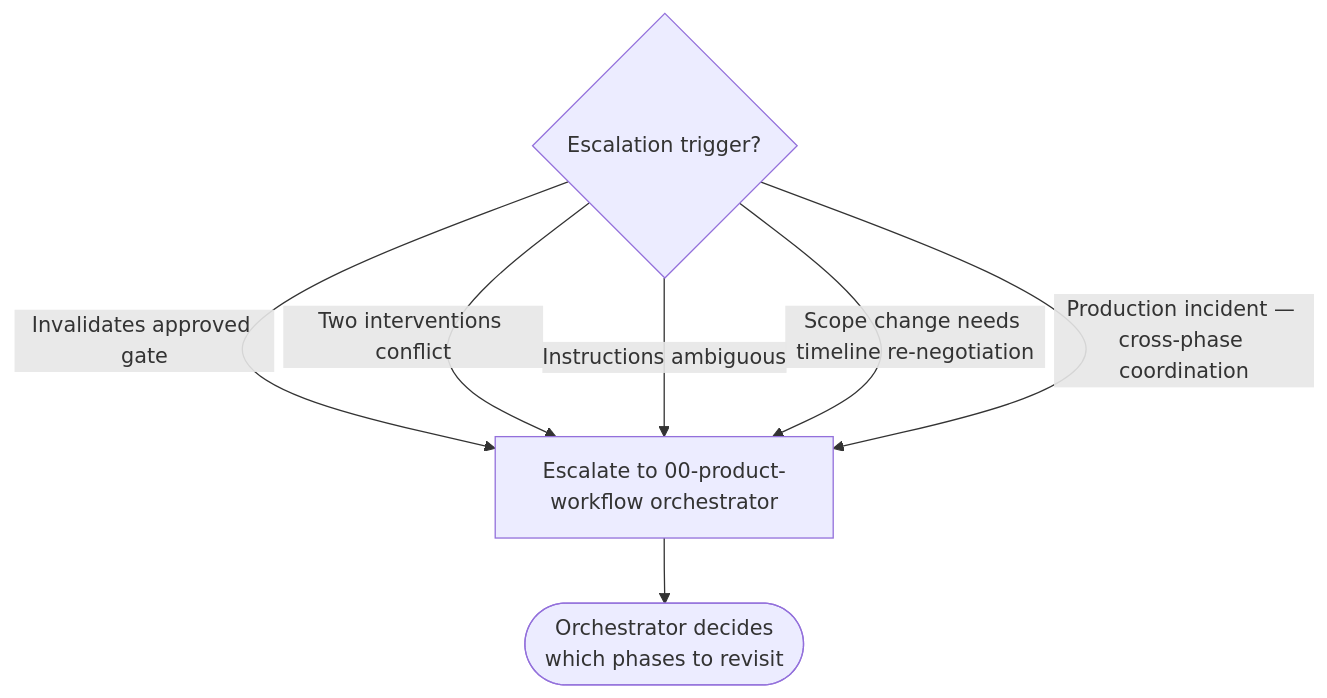
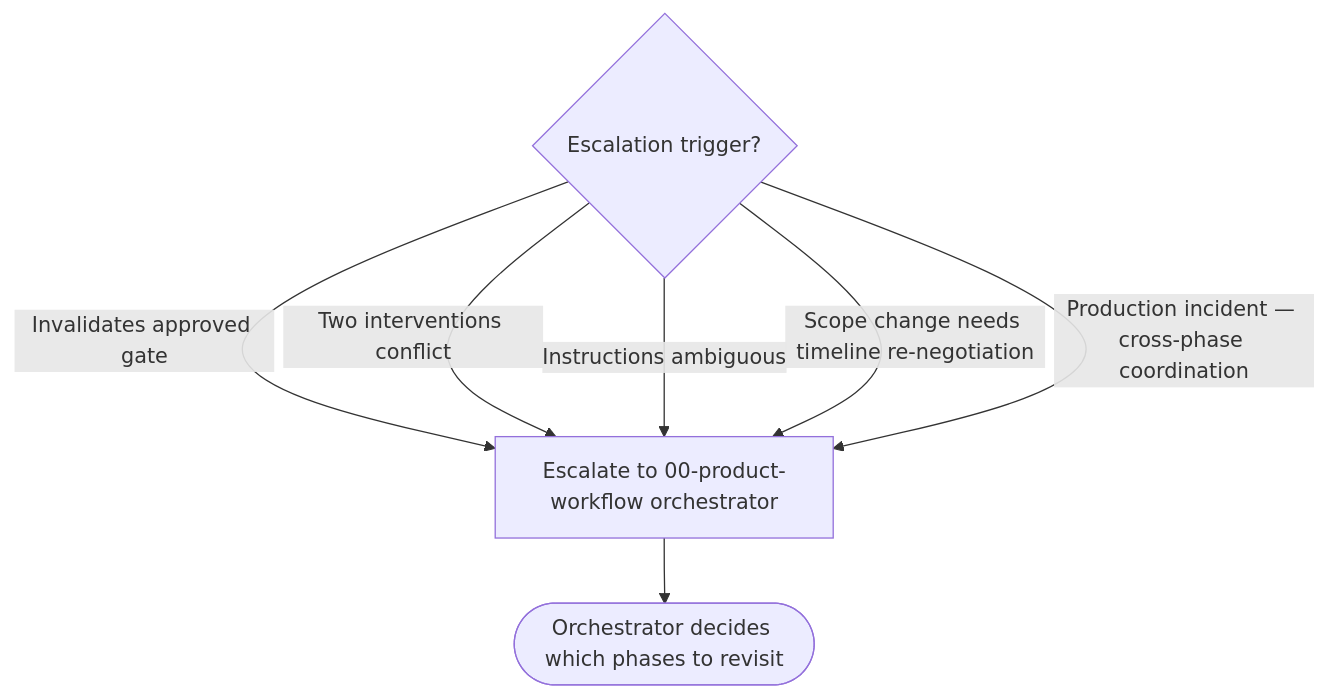
One commit to ivanyeors/product-agentic-templates changed the third of 3 diagrams in .cursor/skills/07-human-intervention/intervention-protocol.md. Above: the diagram before and after it, drawn with Mermaid. The commit also changed other lines of this file and 39 other files, not shown here.

````diff
--- a/.cursor/skills/07-human-intervention/intervention-protocol.md
+++ b/.cursor/skills/07-human-intervention/intervention-protocol.md
@@ -322,9 +322,9 @@
 ```mermaid
 flowchart TD
     trigger{Escalation trigger?} -->|Invalidates approved gate| escalate
     trigger -->|Two interventions conflict| escalate
     trigger -->|Instructions ambiguous| escalate
     trigger -->|Scope change needs timeline re-negotiation| escalate
     trigger -->|Production incident — cross-phase coordination| escalate
-    escalate[Escalate to 00-product-workflow orchestrator] --> orchestrator([Orchestrator decides\nwhich phases to revisit])
+    escalate[Escalate to 00-product-workflow orchestrator] --> orchestrator([Orchestrator decides which phases to revisit])
 ```
````
